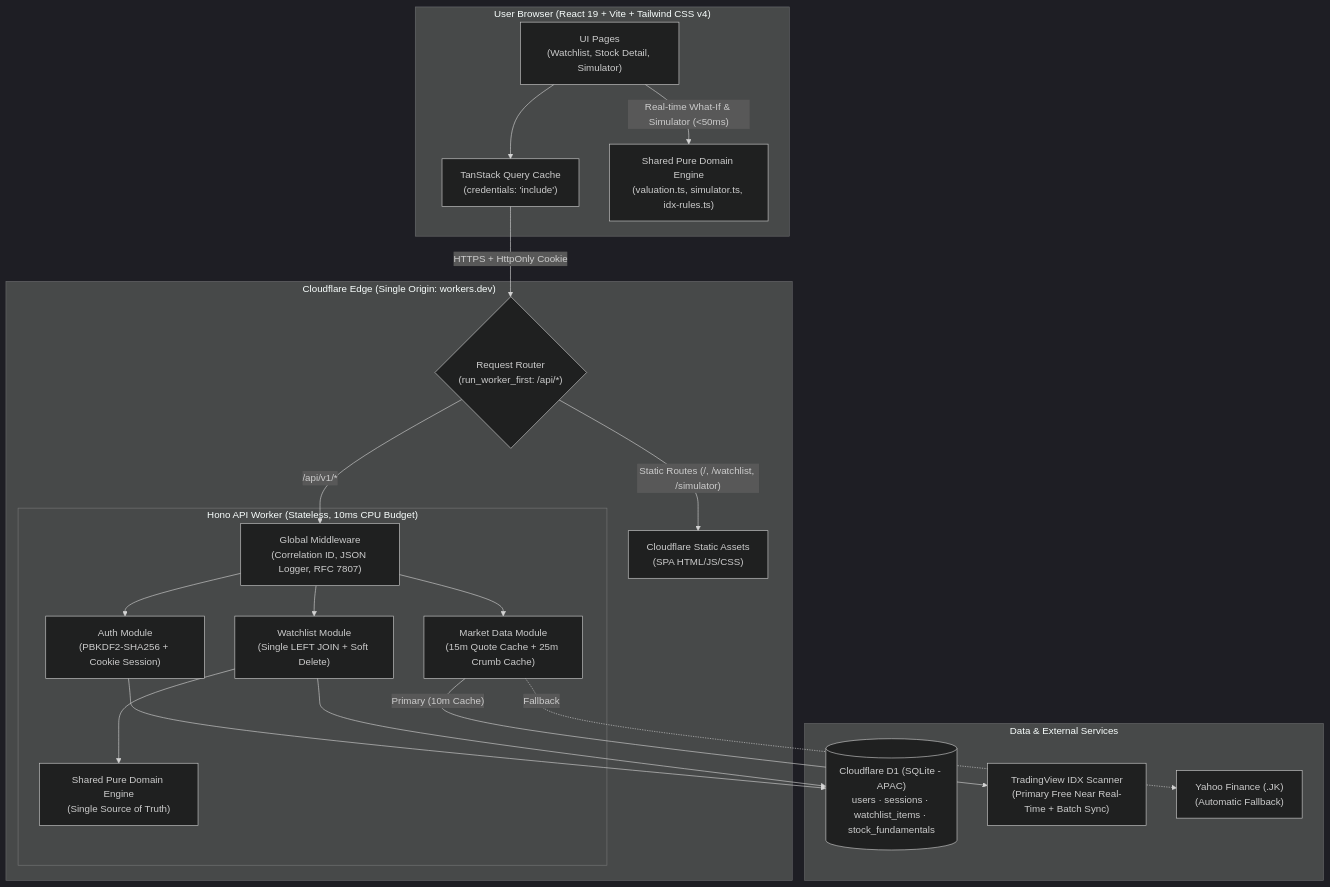
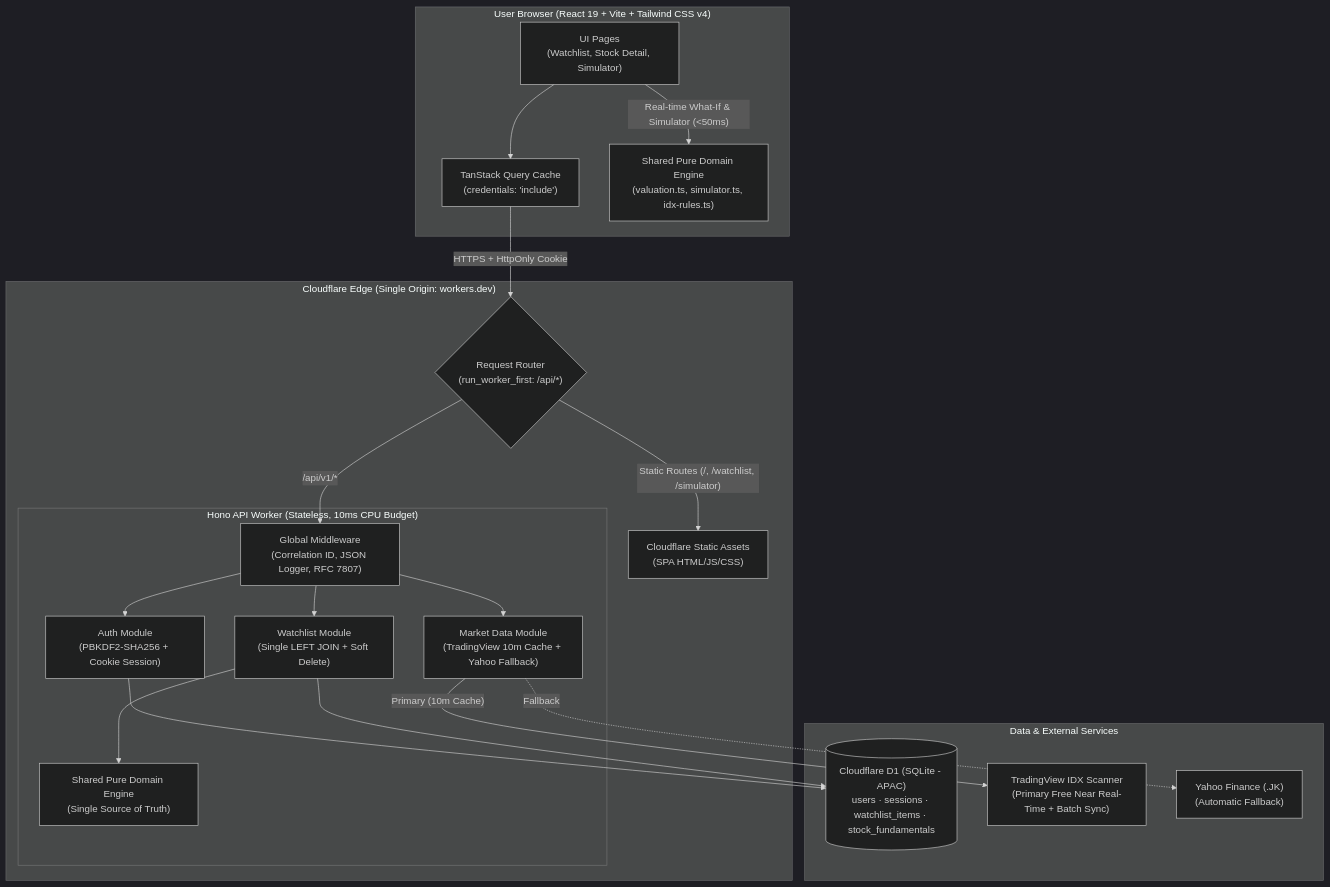
The first of 5 diagrams in README.md (charlybutar21/stock-mate-v2), drawn with Mermaid (dark theme) before and after one commit. The commit also changed other lines of this file, not shown here.

Commit message:
docs(readme): fix Mermaid sequenceDiagram render error & sync latest architecture/features

````diff
--- a/README.md
+++ b/README.md
@@ -55,42 +56,42 @@
 ```mermaid
 flowchart TB
     subgraph Client["User Browser (React 19 + Vite + Tailwind CSS v4)"]
         UI["UI Pages<br/>(Watchlist, Stock Detail, Simulator)"]
         TQ["TanStack Query Cache<br/>(credentials: 'include')"]
         SharedClient["Shared Pure Domain Engine<br/>(valuation.ts, simulator.ts, idx-rules.ts)"]
         UI --> TQ
         UI -->|"Real-time What-If & Simulator (<50ms)"| SharedClient
     end
 
     subgraph Edge["Cloudflare Edge (Single Origin: workers.dev)"]
         Router{"Request Router<br/>(run_worker_first: /api/*)"}
         Assets["Cloudflare Static Assets<br/>(SPA HTML/JS/CSS)"]
 
         subgraph Worker["Hono API Worker (Stateless, 10ms CPU Budget)"]
             MW["Global Middleware<br/>(Correlation ID, JSON Logger, RFC 7807)"]
             AuthMod["Auth Module<br/>(PBKDF2-SHA256 + Cookie Session)"]
             WatchMod["Watchlist Module<br/>(Single LEFT JOIN + Soft Delete)"]
-            MarketMod["Market Data Module<br/>(15m Quote Cache + 25m Crumb Cache)"]
+            MarketMod["Market Data Module<br/>(TradingView 10m Cache + Yahoo Fallback)"]
             SharedServer["Shared Pure Domain Engine<br/>(Single Source of Truth)"]
 
             MW --> AuthMod
             MW --> WatchMod
             MW --> MarketMod
             WatchMod --> SharedServer
         end
     end
 
     subgraph Data["Data & External Services"]
         D1[("Cloudflare D1 (SQLite - APAC)<br/>users · sessions · watchlist_items · stock_fundamentals")]
         TV["TradingView IDX Scanner<br/>(Primary Free Near Real-Time + Batch Sync)"]
         Yahoo["Yahoo Finance (.JK)<br/>(Automatic Fallback)"]
     end
 
     TQ -->|"HTTPS + HttpOnly Cookie"| Router
     Router -->|"Static Routes (/, /watchlist, /simulator)"| Assets
     Router -->|"/api/v1/*"| MW
     AuthMod --> D1
     WatchMod --> D1
     MarketMod -->|"Primary (10m Cache)"| TV
     MarketMod -.->|"Fallback"| Yahoo
 ```
````
